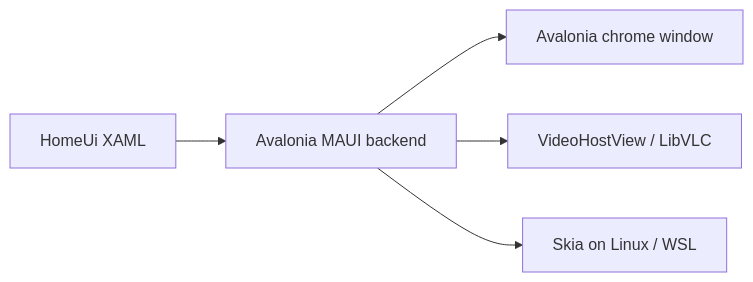
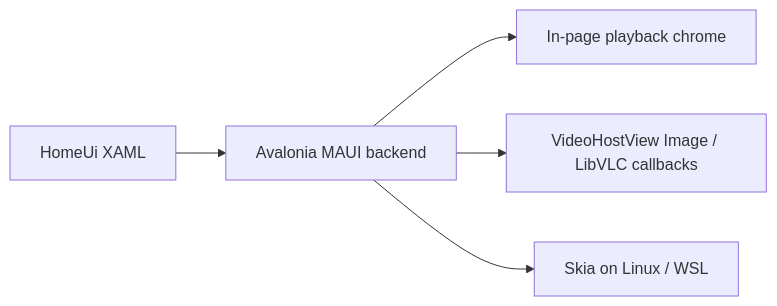
One commit to Vardy-Party/Client changed the diagram in docs/LINUX_SUPPORT.md. Above: the diagram before and after it, drawn with Mermaid. The commit also changed other lines of this file and 26 other files, not shown here.

First line of the commit message:
feat(linux): composite LibVLC frames so chrome overlays video

````diff
--- a/docs/LINUX_SUPPORT.md
+++ b/docs/LINUX_SUPPORT.md
@@ -12,7 +13,7 @@
 ```mermaid
 flowchart LR
   XAML["HomeUi XAML"] --> Avalonia["Avalonia MAUI backend"]
-  Avalonia --> Chrome["Avalonia chrome window"]
-  Avalonia --> Host["VideoHostView / LibVLC"]
+  Avalonia --> Chrome["In-page playback chrome"]
+  Avalonia --> Host["VideoHostView Image / LibVLC callbacks"]
   Avalonia --> Skia["Skia on Linux / WSL"]
 ```
````
